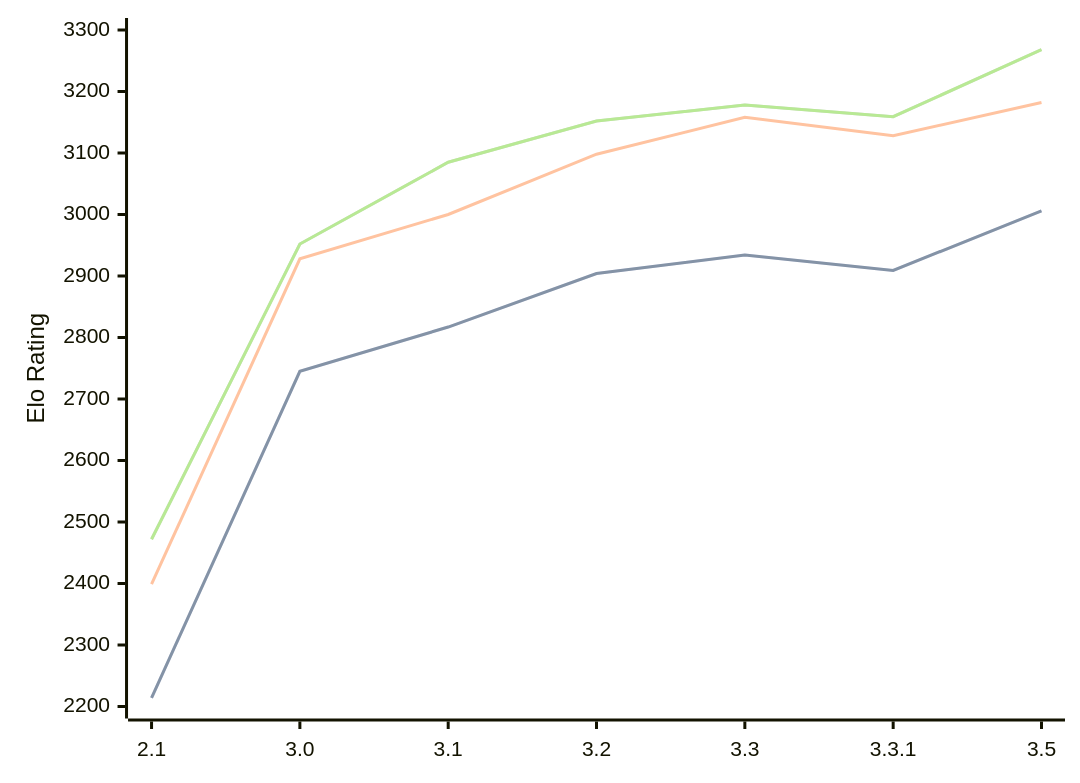
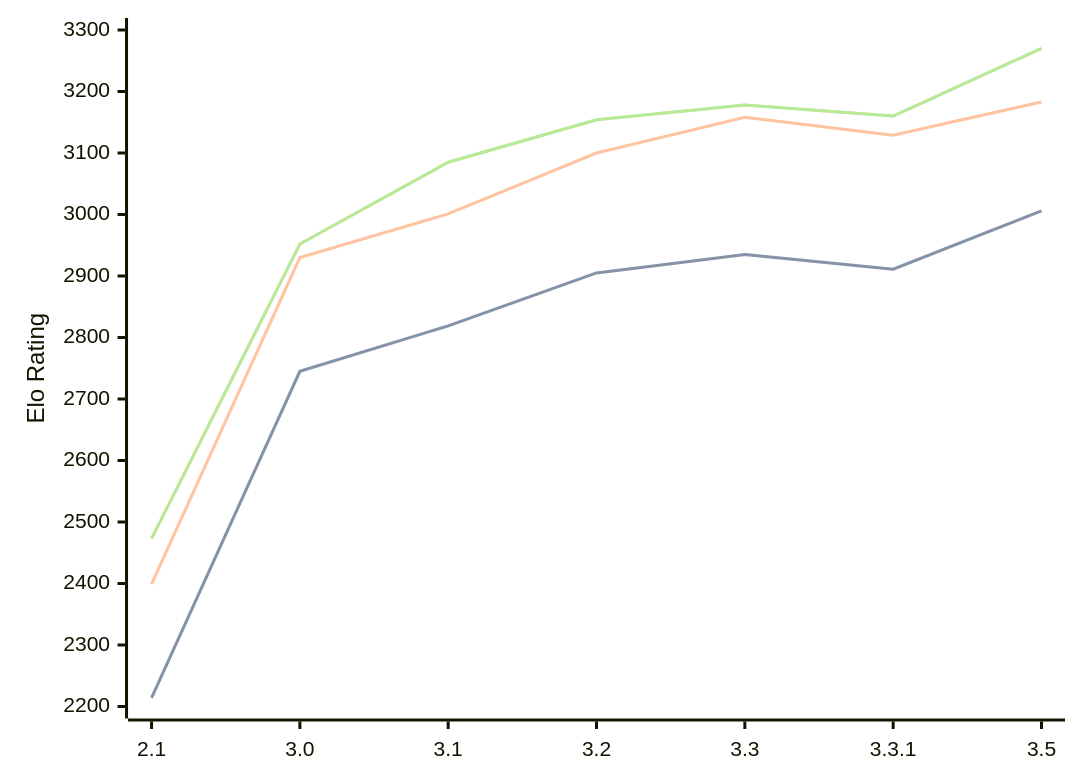
Before and after one commit to computer-chess-index/cci: the third of 3 diagrams in engines/Petrel.md, drawn with Mermaid. The commit also changed other lines of this file, not shown here.

Commit message:
Update CCI Ratings (ELO VLTC) - 2026-06-23

````diff
--- a/engines/Petrel.md
+++ b/engines/Petrel.md
@@ -79,11 +79,11 @@
 ```mermaid
 %%{init: {"theme":"base","themeVariables":{"seriesColors:['#a3a3a3','#222221','#faa371']}}}%%
 xychart-beta
   x-axis ["2.1", "3.0", "3.1", "3.2", "3.3", "3.3.1", "3.5"]
   y-axis "Elo Rating" 2200 --> 3300
-  line "STC (8.0+0.08s)" [2214, 2745, 2817, 2904, 2934, 2909, 3006]
-  line "STC (8.0+0.08s)" [2214, 2745, 2817, 2904, 2934, 2909, 3006]
-  line "LTC (60.0+0.60s)" [2399, 2928, 3000, 3098, 3158, 3128, 3182]
-  line "VLTC (2m24s+1.12s)" [2472, 2952, 3085, 3152, 3178, 3159, 3268]
-  line "VLTC (2m24s+1.12s)" [2472, 2952, 3085, 3152, 3178, 3159, 3268]
+  line "STC (8.0+0.08s)" [2214, 2745, 2819, 2905, 2935, 2911, 3006]
+  line "STC (8.0+0.08s)" [2214, 2745, 2819, 2905, 2935, 2911, 3006]
+  line "LTC (60.0+0.60s)" [2399, 2930, 3001, 3100, 3158, 3129, 3183]
+  line "VLTC (2m24s+1.12s)" [2473, 2952, 3085, 3154, 3178, 3160, 3270]
+  line "VLTC (2m24s+1.12s)" [2473, 2952, 3085, 3154, 3178, 3160, 3270]
 ```
````
